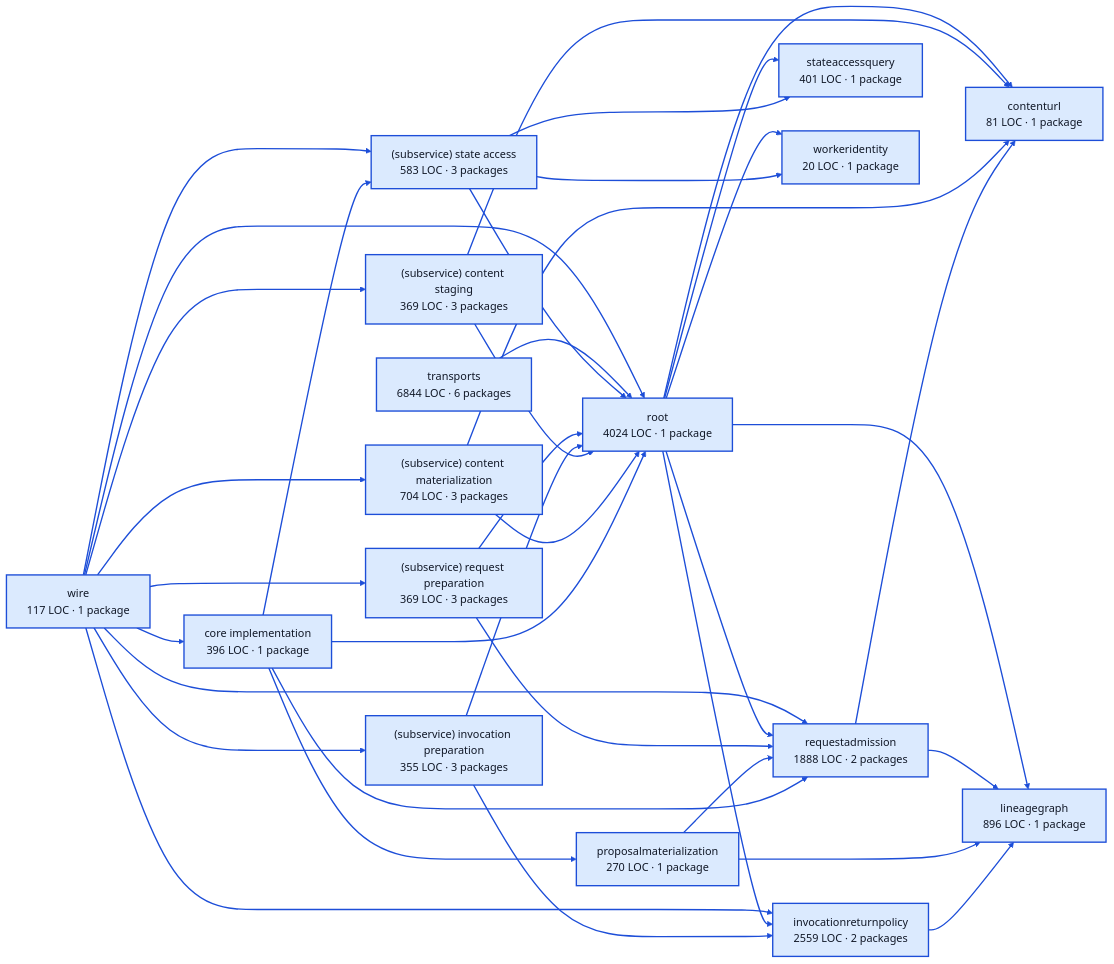
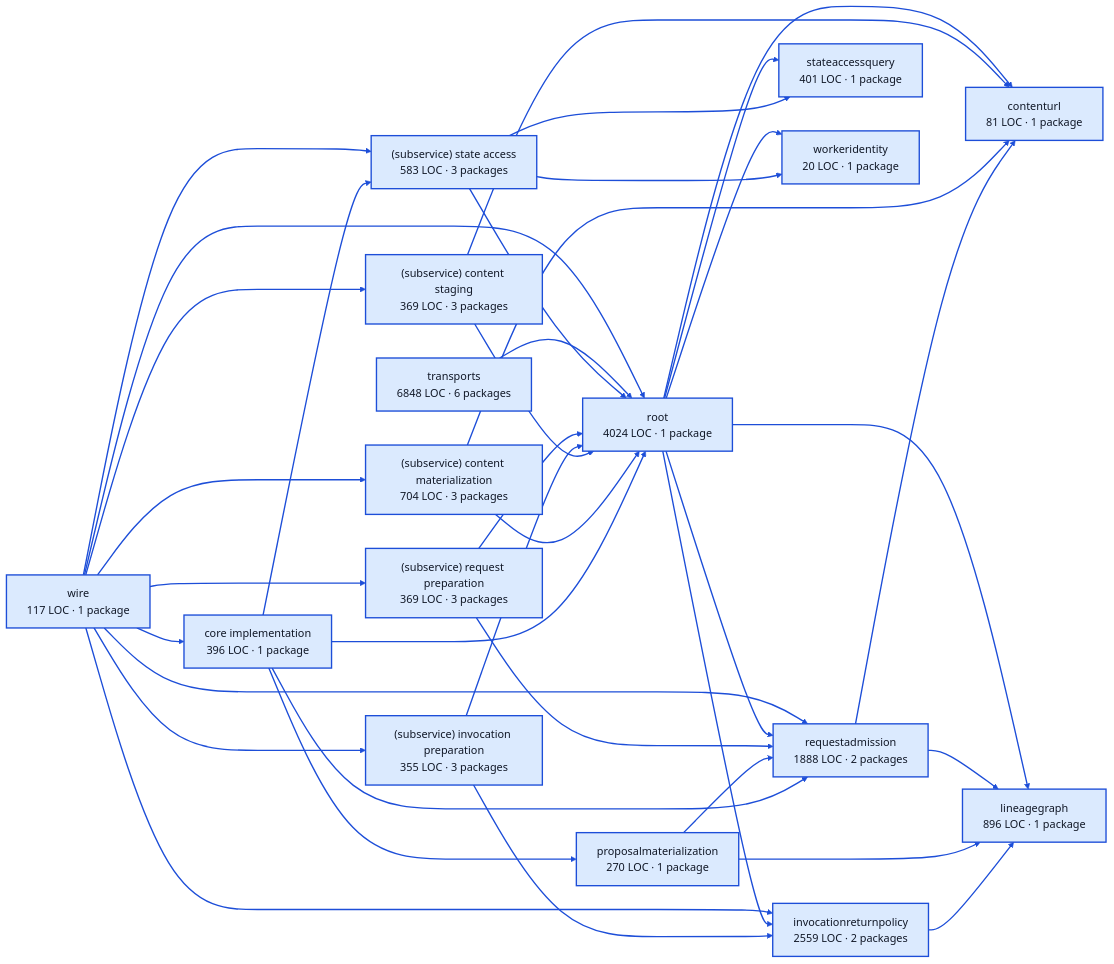
Before and after one commit to portpowered/you-agent-factory: the diagram in docs/architecture/visualizations/services/work.md, drawn with Mermaid (forest theme). The commit also changed other lines of this file and 21 other files, not shown here.

Commit message:
docs: refresh backend architecture visualizations

````diff
--- a/docs/architecture/visualizations/services/work.md
+++ b/docs/architecture/visualizations/services/work.md
@@ -11,72 +11,72 @@
 ```mermaid
 flowchart LR
   p0["core implementation<br/>396 LOC · 1 package"]
   p1["contenturl<br/>81 LOC · 1 package"]
   p2["invocationreturnpolicy<br/>2559 LOC · 2 packages"]
   p3["lineagegraph<br/>896 LOC · 1 package"]
   p4["proposalmaterialization<br/>270 LOC · 1 package"]
   p5["requestadmission<br/>1888 LOC · 2 packages"]
   p6["(subservice) content materialization<br/>704 LOC · 3 packages"]
   p7["(subservice) content staging<br/>369 LOC · 3 packages"]
   p8["(subservice) invocation preparation<br/>355 LOC · 3 packages"]
   p9["(subservice) request preparation<br/>369 LOC · 3 packages"]
   p10["(subservice) state access<br/>583 LOC · 3 packages"]
   p11["stateaccessquery<br/>401 LOC · 1 package"]
   p12["workeridentity<br/>20 LOC · 1 package"]
   p13["root<br/>4024 LOC · 1 package"]
-  p14["transports<br/>6844 LOC · 6 packages"]
+  p14["transports<br/>6848 LOC · 6 packages"]
   p15["wire<br/>117 LOC · 1 package"]
   p0 --> p4
   p0 --> p5
   p0 --> p10
   p0 --> p13
   p2 --> p3
   p4 --> p3
   p4 --> p5
   p5 --> p1
   p5 --> p3
   p6 --> p1
   p6 --> p13
   p7 --> p1
   p7 --> p13
   p8 --> p2
   p8 --> p13
   p9 --> p5
   p9 --> p13
   p10 --> p11
   p10 --> p12
   p10 --> p13
   p13 --> p1
   p13 --> p2
   p13 --> p3
   p13 --> p5
   p13 --> p11
   p13 --> p12
   p14 --> p13
   p15 --> p0
   p15 --> p2
   p15 --> p5
   p15 --> p6
   p15 --> p7
   p15 --> p8
   p15 --> p9
   p15 --> p10
   p15 --> p13
   style p0 fill:#dbeafe,stroke:#1d4ed8,stroke-width:2px,color:#111827
   style p1 fill:#dbeafe,stroke:#1d4ed8,stroke-width:2px,color:#111827
   style p2 fill:#dbeafe,stroke:#1d4ed8,stroke-width:2px,color:#111827
   style p3 fill:#dbeafe,stroke:#1d4ed8,stroke-width:2px,color:#111827
   style p4 fill:#dbeafe,stroke:#1d4ed8,stroke-width:2px,color:#111827
   style p5 fill:#dbeafe,stroke:#1d4ed8,stroke-width:2px,color:#111827
   style p6 fill:#dbeafe,stroke:#1d4ed8,stroke-width:2px,color:#111827
   style p7 fill:#dbeafe,stroke:#1d4ed8,stroke-width:2px,color:#111827
   style p8 fill:#dbeafe,stroke:#1d4ed8,stroke-width:2px,color:#111827
   style p9 fill:#dbeafe,stroke:#1d4ed8,stroke-width:2px,color:#111827
   style p10 fill:#dbeafe,stroke:#1d4ed8,stroke-width:2px,color:#111827
   style p11 fill:#dbeafe,stroke:#1d4ed8,stroke-width:2px,color:#111827
   style p12 fill:#dbeafe,stroke:#1d4ed8,stroke-width:2px,color:#111827
   style p13 fill:#dbeafe,stroke:#1d4ed8,stroke-width:2px,color:#111827
   style p14 fill:#dbeafe,stroke:#1d4ed8,stroke-width:2px,color:#111827
   style p15 fill:#dbeafe,stroke:#1d4ed8,stroke-width:2px,color:#111827
   linkStyle default stroke:#1d4ed8,stroke-width:2px
 ```
````
